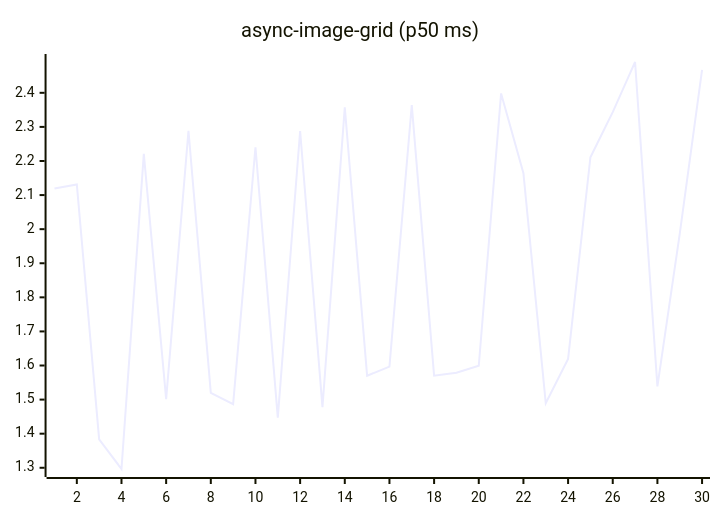
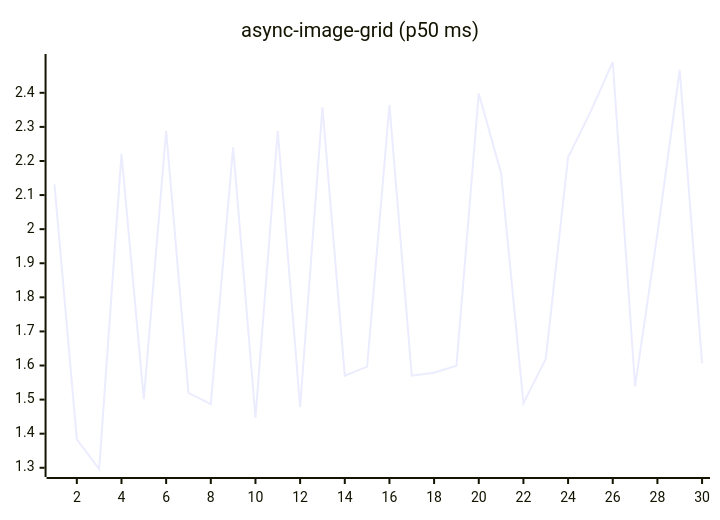
One commit to josha/Facet changed the fifth of 27 diagrams in README.md. Above: the diagram before and after it, drawn with Mermaid. The commit also changed other lines of this file and 2 other files, not shown here.

````diff
--- a/README.md
+++ b/README.md
@@ -91,6 +91,6 @@
 ```mermaid
 xychart-beta
     title "async-image-grid (p50 ms)"
     x-axis 1 --> 30
-    line [2.1194, 2.1310, 1.3834, 1.2964, 2.2208, 1.5015, 2.2886, 1.5200, 1.4868, 2.2404, 1.4470, 2.2880, 1.4779, 2.3575, 1.5699, 1.5969, 2.3640, 1.5700, 1.5790, 1.5994, 2.3982, 2.1641, 1.4893, 1.6193, 2.2110, 2.3435, 2.4904, 1.5386, 1.9864, 2.4670]
+    line [2.1310, 1.3834, 1.2964, 2.2208, 1.5015, 2.2886, 1.5200, 1.4868, 2.2404, 1.4470, 2.2880, 1.4779, 2.3575, 1.5699, 1.5969, 2.3640, 1.5700, 1.5790, 1.5994, 2.3982, 2.1641, 1.4893, 1.6193, 2.2110, 2.3435, 2.4904, 1.5386, 1.9864, 2.4670, 1.6066]
 ```
````
